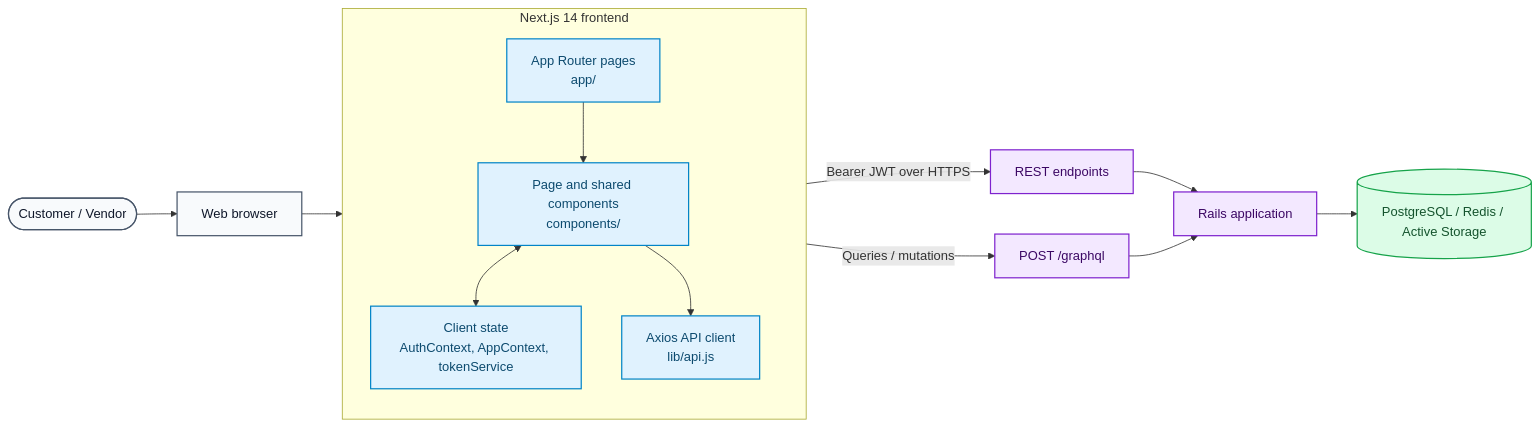
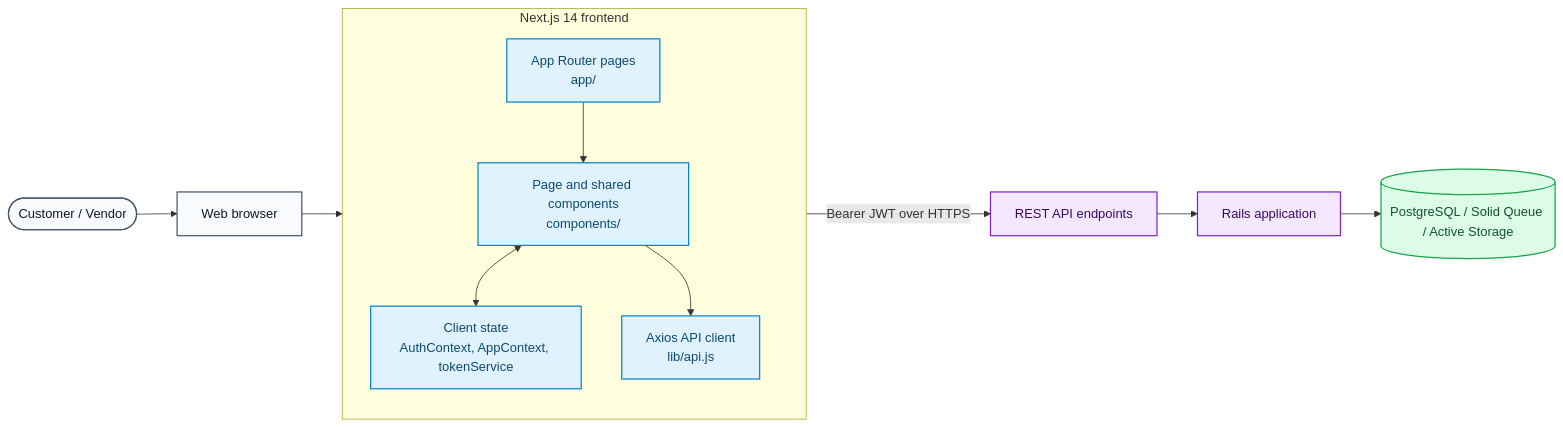
The first of 2 diagrams in frontend/docs/ARCHITECTURE.md (ayojan/marketplace), drawn with Mermaid before and after one commit. The commit also changed 72 other files, not shown here.

Commit message:
Remove graphql (#41)

````diff
--- a/frontend/docs/ARCHITECTURE.md
+++ b/frontend/docs/ARCHITECTURE.md
@@ -7,25 +7,23 @@
 ```mermaid
 flowchart LR
     classDef client fill:#f8fafc,stroke:#475569,stroke-width:1.5px,color:#0f172a;
     classDef frontend fill:#e0f2fe,stroke:#0284c7,stroke-width:1.5px,color:#0c4a6e;
     classDef api fill:#f3e8ff,stroke:#7e22ce,stroke-width:1.5px,color:#3b0764;
     classDef data fill:#dcfce7,stroke:#16a34a,stroke-width:1.5px,color:#14532d;
 
     User([Customer / Vendor]):::client --> Browser[Web browser]:::client
     subgraph Next[Next.js 14 frontend]
         direction TB
         Routes[App Router pages<br/>app/]:::frontend
         UI[Page and shared components<br/>components/]:::frontend
         State[Client state<br/>AuthContext, AppContext, tokenService]:::frontend
         Client[Axios API client<br/>lib/api.js]:::frontend
         Routes --> UI
         UI <--> State
         UI --> Client
     end
     Browser --> Routes
-    Client -->|Bearer JWT over HTTPS| REST[REST endpoints]:::api
-    Client -->|Queries / mutations| GraphQL[POST /graphql]:::api
+    Client -->|Bearer JWT over HTTPS| REST[REST API endpoints]:::api
     REST --> Rails[Rails application]:::api
-    GraphQL --> Rails
-    Rails --> Data[(PostgreSQL / Redis / Active Storage)]:::data
+    Rails --> Data[(PostgreSQL / Solid Queue / Active Storage)]:::data
 ```
````
